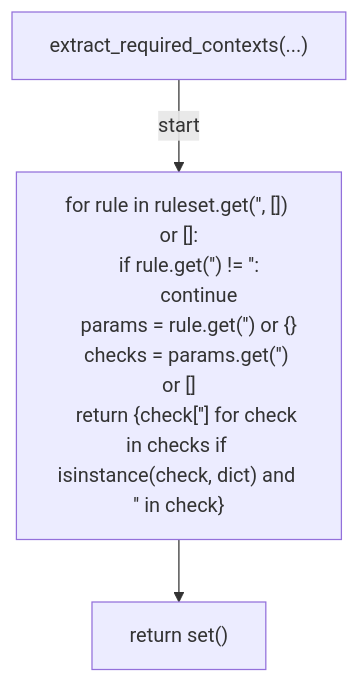
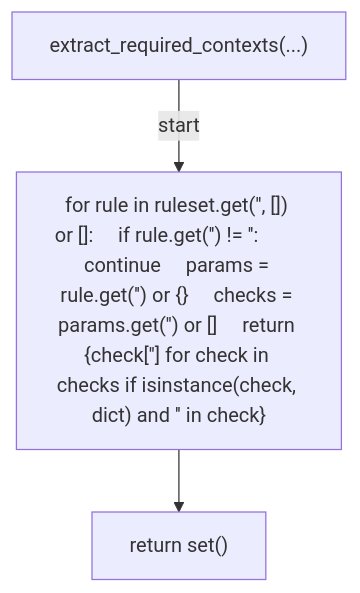
The first of 9 diagrams in docs/generated/scripts/ast/verify_ruleset_sync.md (tvna/claude-md), drawn with Mermaid before and after one commit. The commit also changed other lines of this file and 15 other files, not shown here.

First line of the commit message:
docs(generated): regenerate decision tree and workflow diagrams (batch 5/5)

````diff
--- a/docs/generated/scripts/ast/verify_ruleset_sync.md
+++ b/docs/generated/scripts/ast/verify_ruleset_sync.md
@@ -7,13 +7,8 @@
 ```mermaid
 flowchart TD
     N001["extract_required_contexts(...)"]
-    N002["for rule in ruleset.get('<str>', []) or []:
-    if rule.get('<str>') != '<str>':
-        continue
-    params = rule.get('<str>') or {}
-    checks = params.get('<str>') or []
-    return {check['<str>'] for check in checks if isinstance(check, dict) and '<str>' in check}"]
+    N002["for rule in ruleset.get('<str>', []) or []:     if rule.get('<str>') != '<str>':         continue     params = rule.get('<str>') or {}     checks = params.get('<str>') or []     return {check['<str>'] for check in checks if isinstance(check, dict) and '<str>' in check}"]
     N003["return set()"]
     N001 -->|"start"| N002
     N002 --> N003
 ```
````
